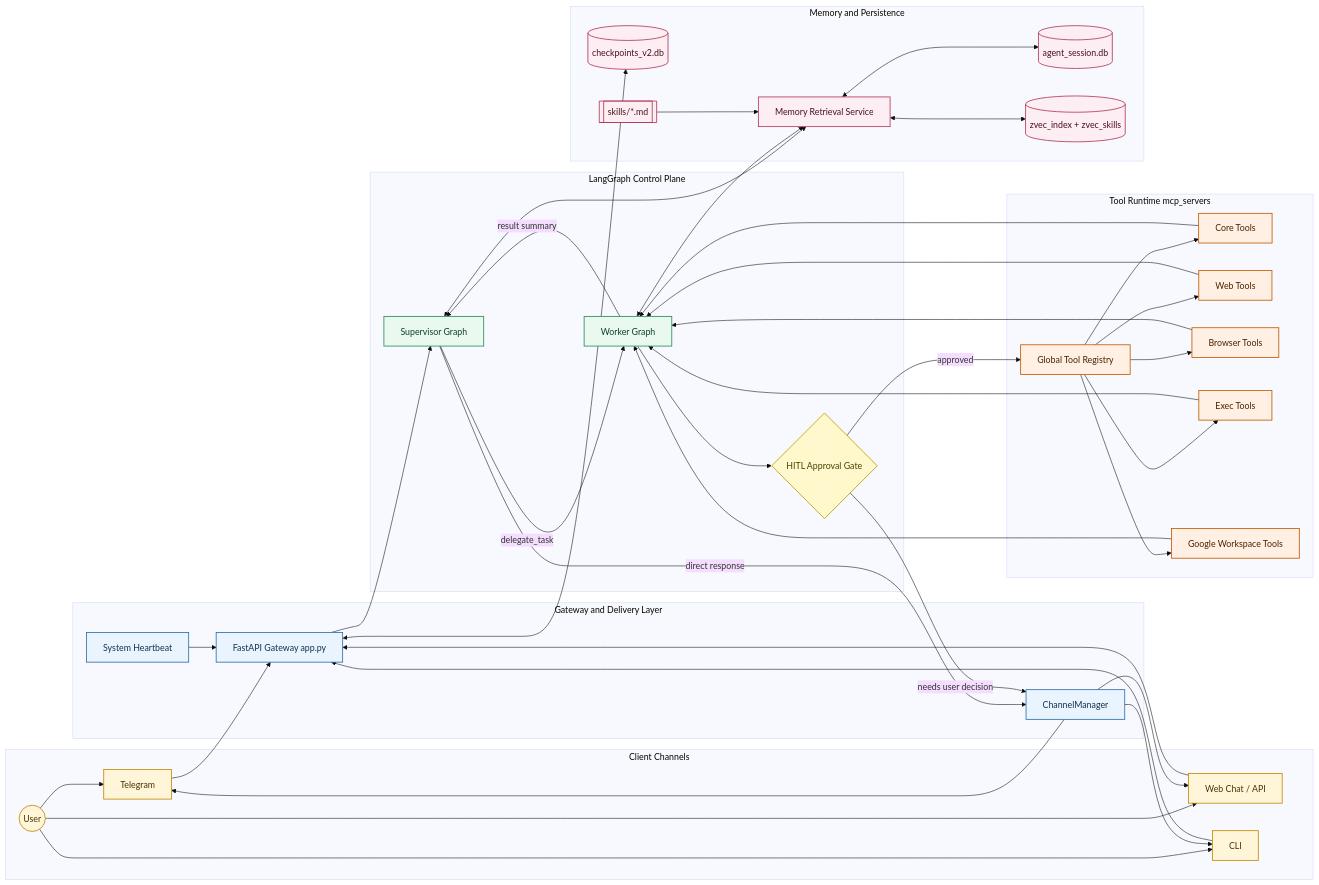
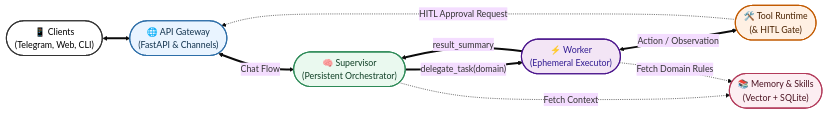
The diagram in readme.md (chetanreddyv/EnterpriseClaw), drawn with Mermaid (base theme) before and after one commit.

````diff
--- a/readme.md
+++ b/readme.md
@@ -68,99 +68,38 @@
 ```mermaid
 flowchart LR
-  %% ===== Channels =====
-  subgraph CH[Client Channels]
-    U((User))
-    TG[Telegram]
-    WEB[Web Chat / API]
-    CLI[CLI]
-  end
+    %% ===== Clean Minimalist Styling =====
+    classDef client fill:#FFFFFF,stroke:#333333,stroke-width:2px,color:#000000,rx:10,ry:10
+    classDef gateway fill:#E9F4FF,stroke:#2D6EA8,stroke-width:2px,color:#11324D,rx:10,ry:10
+    classDef supervisor fill:#EAF9EF,stroke:#2D8A57,stroke-width:2px,color:#0F3F25,rx:10,ry:10
+    classDef worker fill:#F3E5F5,stroke:#4A148C,stroke-width:2px,color:#311B92,rx:10,ry:10
+    classDef tools fill:#FFF0E3,stroke:#C25A00,stroke-width:2px,color:#4A2200,rx:10,ry:10
+    classDef memory fill:#FCEEF2,stroke:#B23A5A,stroke-width:2px,color:#4A1120,rx:10,ry:10
 
-  %% ===== Gateway =====
-  subgraph GW[Gateway and Delivery Layer]
-    APP[FastAPI Gateway app.py]
-    CM[ChannelManager]
-    HB[System Heartbeat]
-  end
+    %% ===== Nodes =====
+    C(["📱 Clients 
+    (Telegram, Web, CLI)"]):::client
+    G(["🌐 API Gateway
+    (FastAPI & Channels)"]):::gateway
+    S(["🧠 Supervisor
+    (Persistent Orchestrator)"]):::supervisor
+    W(["⚡ Worker
+    (Ephemeral Executor)"]):::worker
+    T(["🛠️ Tool Runtime
+    (& HITL Gate)"]):::tools 
+    M(["📚 Memory & Skills
+    (Vector + SQLite)"]):::memory
 
-  %% ===== Control Plane =====
-  subgraph CP[LangGraph Control Plane]
-    SUP[Supervisor Graph]
-    WRK[Worker Graph]
-    HITL{HITL Approval Gate}
-  end
+    %% ===== Main User Flow (Thick Lines) =====
+    C <==> G
+    G <==>|"Chat Flow"| S
+    S ==>|"delegate_task(domain)"| W
+    W ==>|"result_summary"| S
 
-  %% ===== Tooling =====
-  subgraph TR[Tool Runtime mcp_servers]
-    REG[Global Tool Registry]
-    TCORE[Core Tools]
-    TWEB[Web Tools]
-    TBROWSER[Browser Tools]
-    TEXEC[Exec Tools]
-    TGW[Google Workspace Tools]
-  end
-
-  %% ===== Memory =====
-  subgraph MP[Memory and Persistence]
-    MEM[Memory Retrieval Service]
-    CK[(checkpoints_v2.db)]
-    DB[(agent_session.db)]
-    ZV[(zvec_index + zvec_skills)]
-    SK[[skills/*.md]]
-  end
-
-  %% User/channel ingress
-  U --> TG
-  U --> WEB
-  U --> CLI
-  TG --> APP
-  WEB --> APP
-  CLI --> APP
-  HB --> APP
-
-  %% Main orchestration
-  APP --> SUP
-  SUP -->|direct response| CM
-  SUP -->|delegate_task| WRK
-  WRK --> HITL
-  HITL -->|approved| REG
-  HITL -->|needs user decision| CM
-  REG --> TCORE
-  REG --> TWEB
-  REG --> TBROWSER
-  REG --> TEXEC
-  REG --> TGW
-  TCORE --> WRK
-  TWEB --> WRK
-  TBROWSER --> WRK
-  TEXEC --> WRK
-  TGW --> WRK
-  WRK -->|result summary| SUP
-
-  %% Outbound delivery
-  CM --> TG
-  CM --> WEB
-  CM --> CLI
-
-  %% Memory and persistence links
-  SUP <--> MEM
-  WRK <--> MEM
-  MEM <--> DB
-  MEM <--> ZV
-  SK --> MEM
-  APP <--> CK
-
-  %% Visual style
-  classDef channel fill:#FFF5D9,stroke:#C48A00,color:#4A3500,stroke-width:1.5px;
-  classDef gateway fill:#E9F4FF,stroke:#2D6EA8,color:#11324D,stroke-width:1.5px;
-  classDef control fill:#EAF9EF,stroke:#2D8A57,color:#0F3F25,stroke-width:1.5px;
-  classDef tool fill:#FFF0E3,stroke:#C25A00,color:#4A2200,stroke-width:1.5px;
-  classDef memory fill:#FCEEF2,stroke:#B23A5A,color:#4A1120,stroke-width:1.5px;
-  classDef decision fill:#FFF8CC,stroke:#B59F00,color:#4A4200,stroke-width:1.5px;
-
-  class U,TG,WEB,CLI channel;
-  class APP,CM,HB gateway;
-  class SUP,WRK control;
-  class REG,TCORE,TWEB,TBROWSER,TEXEC,TGW tool;
-  class MEM,CK,DB,ZV,SK memory;
-  class HITL decision;
+    %% ===== Execution Loop =====
+    W <==>|"Action / Observation"| T
+    
+    %% ===== Secondary/Background Flows (Dotted Lines) =====
+    T -.->|"HITL Approval Request"| G
+    S -.->|"Fetch Context"| M
+    W -.->|"Fetch Domain Rules"| M
 ```
````
